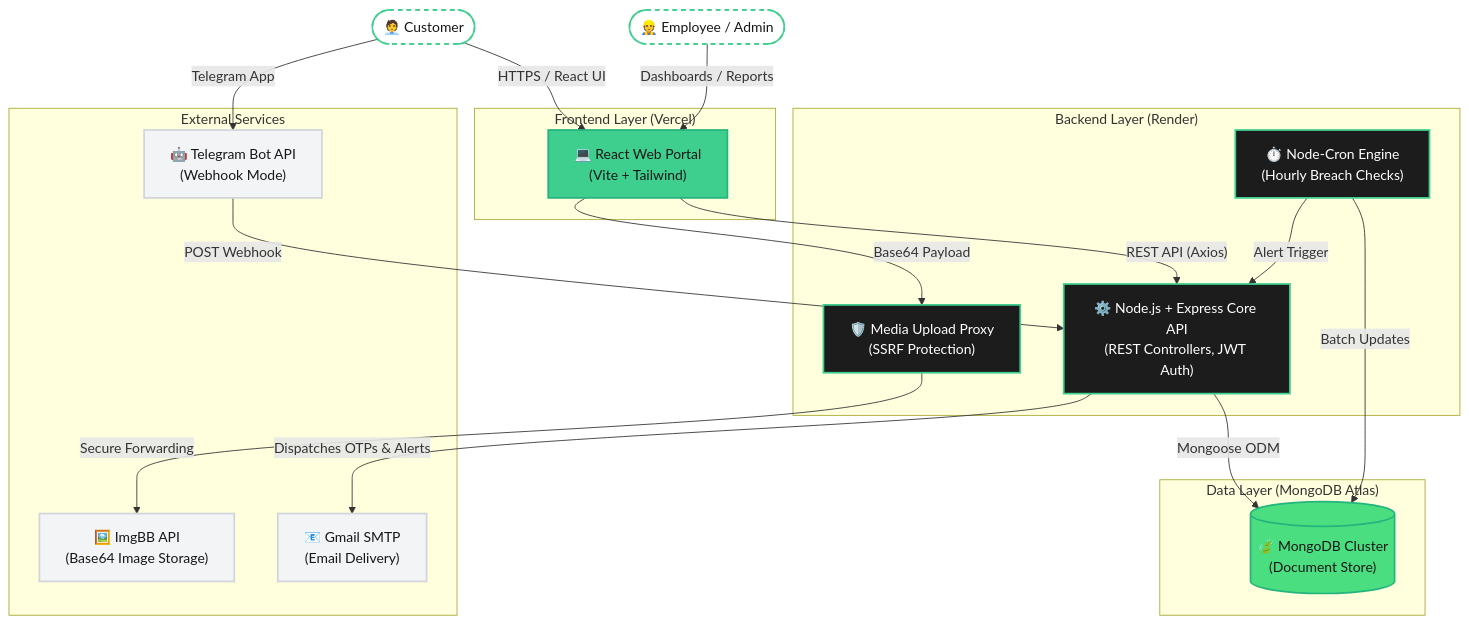
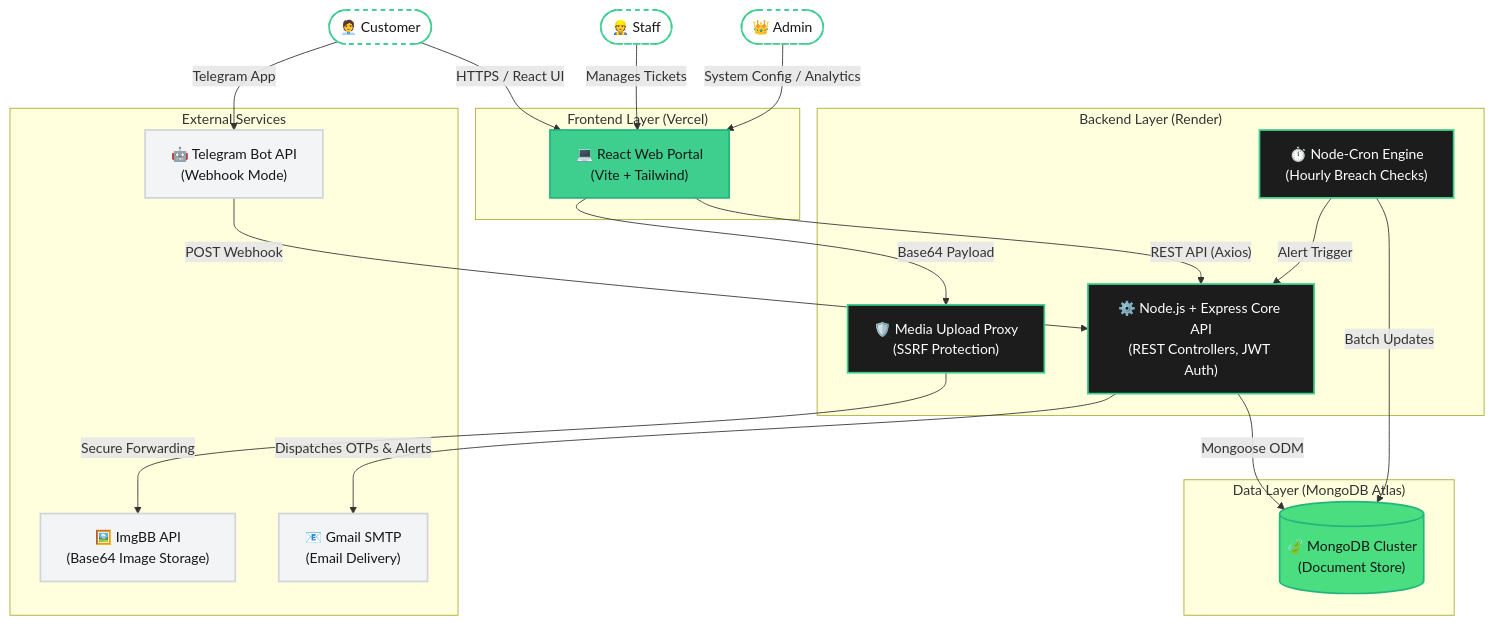
Before and after one commit to NotArsal/Solar-Customer-Grievance-Management-System: the first of 3 diagrams in docs/architecture.md, drawn with Mermaid. The commit also changed other lines of this file, not shown here.

Commit message:
docs: separate staff and admin roles in architecture diagrams

````diff
--- a/docs/architecture.md
+++ b/docs/architecture.md
@@ -11,52 +11,54 @@
 ```mermaid
 graph TD
     %% Define Styles
     classDef frontend fill:#3ecf8e,stroke:#24b47e,stroke-width:2px,color:#171717;
     classDef backend fill:#1c1c1c,stroke:#3ecf8e,stroke-width:2px,color:#ffffff;
     classDef database fill:#4ade80,stroke:#24b47e,stroke-width:2px,color:#171717;
     classDef external fill:#f3f4f6,stroke:#d1d5db,stroke-width:2px,color:#171717;
     classDef user fill:#ffffff,stroke:#3ecf8e,stroke-width:2px,color:#171717,stroke-dasharray: 5 5;
 
     %% Actors
     Customer(["🧑‍💼 Customer"]):::user
-    Employee(["👷 Employee / Admin"]):::user
+    Staff(["👷 Staff"]):::user
+    Admin(["👑 Admin"]):::user
 
     %% Frontend Layer
     subgraph Frontend ["Frontend Layer (Vercel)"]
         WebPortal["💻 React Web Portal<br/>(Vite + Tailwind)"]:::frontend
     end
 
     %% External Interfaces
     subgraph External ["External Services"]
         TelegramBot["🤖 Telegram Bot API<br/>(Webhook Mode)"]:::external
         ImgBB["🖼️ ImgBB API<br/>(Base64 Image Storage)"]:::external
         Nodemailer["📧 Gmail SMTP<br/>(Email Delivery)"]:::external
     end
 
     %% Backend Layer
     subgraph Backend ["Backend Layer (Render)"]
         NodeAPI["⚙️ Node.js + Express Core API<br/>(REST Controllers, JWT Auth)"]:::backend
         SLAEngine["⏱️ Node-Cron Engine<br/>(Hourly Breach Checks)"]:::backend
         UploadProxy["🛡️ Media Upload Proxy<br/>(SSRF Protection)"]:::backend
     end
 
     %% Data Layer
     subgraph Data ["Data Layer (MongoDB Atlas)"]
         MongoDB[("🍃 MongoDB Cluster<br/>(Document Store)")]:::database
     end
 
     %% Relationships
     Customer -- "HTTPS / React UI" --> WebPortal
     Customer -- "Telegram App" --> TelegramBot
-    Employee -- "Dashboards / Reports" --> WebPortal
+    Staff -- "Manages Tickets" --> WebPortal
+    Admin -- "System Config / Analytics" --> WebPortal
 
     WebPortal -- "REST API (Axios)" --> NodeAPI
     WebPortal -- "Base64 Payload" --> UploadProxy
     TelegramBot -- "POST Webhook" --> NodeAPI
 
     UploadProxy -- "Secure Forwarding" --> ImgBB
     NodeAPI -- "Dispatches OTPs & Alerts" --> Nodemailer
     NodeAPI -- "Mongoose ODM" --> MongoDB
     SLAEngine -- "Batch Updates" --> MongoDB
     SLAEngine -- "Alert Trigger" --> NodeAPI
 ```
````
